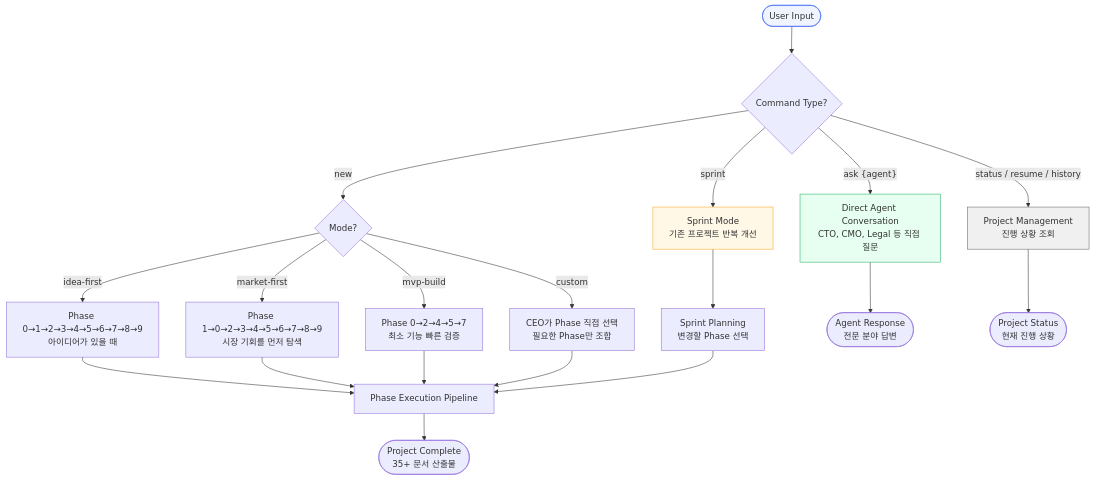
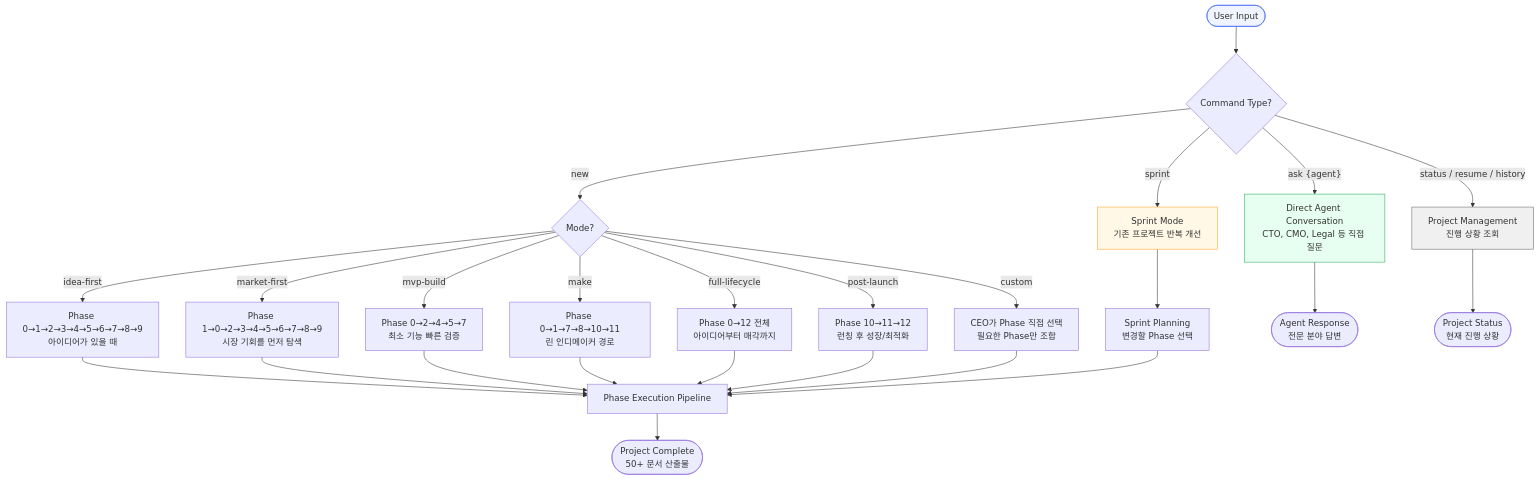
One commit to JayKim88/claude-ai-engineering changed the third of 6 diagrams in plugins/business-avengers/README.md. Above: the diagram before and after it, drawn with Mermaid. The commit also changed other lines of this file and 34 other files, not shown here.

First line of the commit message:
feat(business-avengers): extend to v2.0 with MAKE methodology and Phase 10-12 lifecycle

````diff
--- a/plugins/business-avengers/README.md
+++ b/plugins/business-avengers/README.md
@@ -158,26 +176,29 @@
 ```mermaid
 flowchart TD
     A([User Input]) --> B{Command Type?}
 
     B -->|"new"| C{Mode?}
     B -->|"ask {agent}"| D["Direct Agent Conversation<br/>CTO, CMO, Legal 등 직접 질문"]
     B -->|"sprint"| E["Sprint Mode<br/>기존 프로젝트 반복 개선"]
     B -->|"status / resume / history"| F["Project Management<br/>진행 상황 조회"]
 
     C -->|idea-first| G["Phase 0→1→2→3→4→5→6→7→8→9<br/>아이디어가 있을 때"]
     C -->|market-first| H["Phase 1→0→2→3→4→5→6→7→8→9<br/>시장 기회를 먼저 탐색"]
     C -->|mvp-build| I["Phase 0→2→4→5→7<br/>최소 기능 빠른 검증"]
+    C -->|make| M2["Phase 0→1→7→8→10→11<br/>린 인디메이커 경로"]
+    C -->|full-lifecycle| FL["Phase 0→12 전체<br/>아이디어부터 매각까지"]
+    C -->|post-launch| PL["Phase 10→11→12<br/>런칭 후 성장/최적화"]
     C -->|custom| J["CEO가 Phase 직접 선택<br/>필요한 Phase만 조합"]
 
-    G & H & I & J --> K["Phase Execution Pipeline"]
+    G & H & I & M2 & FL & PL & J --> K["Phase Execution Pipeline"]
     E --> L["Sprint Planning<br/>변경할 Phase 선택"] --> K
 
     D --> M(["Agent Response<br/>전문 분야 답변"])
     F --> N(["Project Status<br/>현재 진행 상황"])
-    K --> O(["Project Complete<br/>35+ 문서 산출물"])
+    K --> O(["Project Complete<br/>50+ 문서 산출물"])
 
     style A fill:#f0f4ff,stroke:#4a6cf7
     style D fill:#e6fff0,stroke:#27ae60
     style E fill:#fff8e6,stroke:#f5a623
     style F fill:#f0f0f0,stroke:#666
 ```
````
